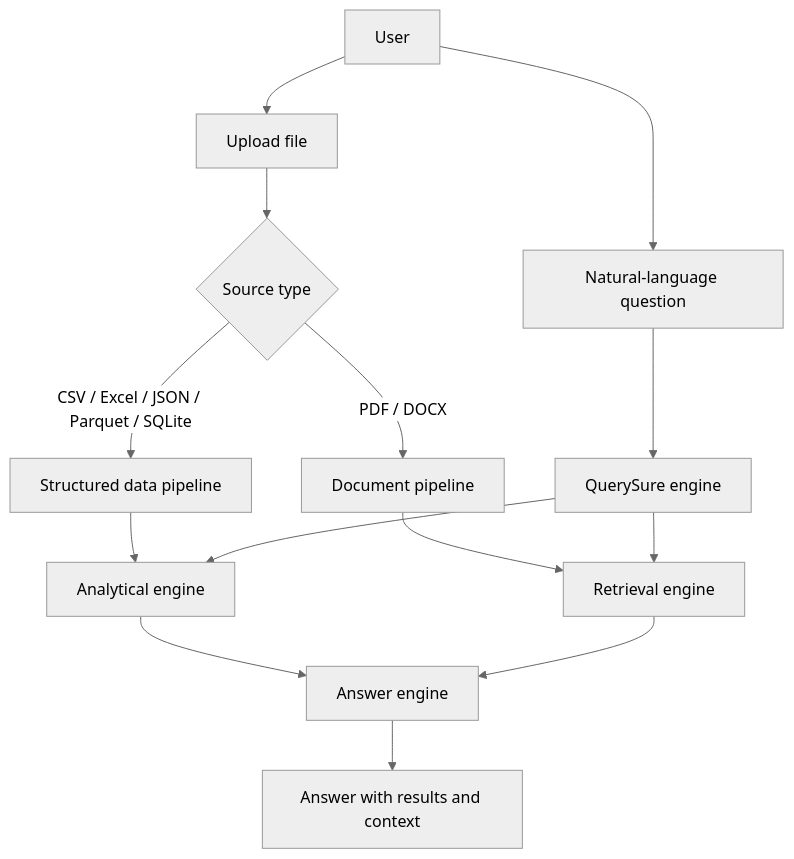
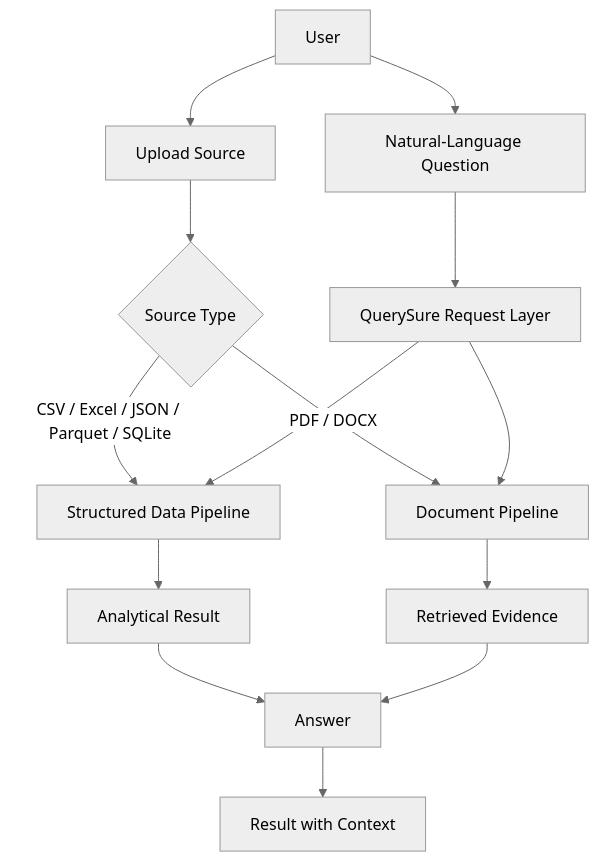
The first of 7 diagrams in README.md (shreyajoshi144/querysure), drawn with Mermaid (neutral theme) before and after one commit. The commit also changed other lines of this file, not shown here.

````diff
--- a/README.md
+++ b/README.md
@@ -36,24 +43,24 @@
 ```mermaid
 flowchart TD
-    U[User] --> Q[Natural-language question]
 
-    U --> F[Upload file]
+    U[User] --> F[Upload Source]
+    U --> Q[Natural-Language Question]
 
-    F --> R{Source type}
+    F --> R{Source Type}
 
-    R -->|CSV / Excel / JSON / Parquet / SQLite| SD[Structured data pipeline]
-    R -->|PDF / DOCX| DP[Document pipeline]
+    R -->|CSV / Excel / JSON / Parquet / SQLite| SD[Structured Data Pipeline]
+    R -->|PDF / DOCX| DP[Document Pipeline]
 
-    SD --> AE[Analytical engine]
-    DP --> RE[Retrieval engine]
+    Q --> E[QuerySure Request Layer]
 
-    Q --> E[QuerySure engine]
+    E --> SD
+    E --> DP
 
-    E --> AE
-    E --> RE
+    SD --> A[Analytical Result]
+    DP --> D[Retrieved Evidence]
 
-    AE --> ANS[Answer engine]
-    RE --> ANS
+    A --> O[Answer]
+    D --> O
 
-    ANS --> OUT[Answer with results and context]
+    O --> OUT[Result with Context]
 ```
````
